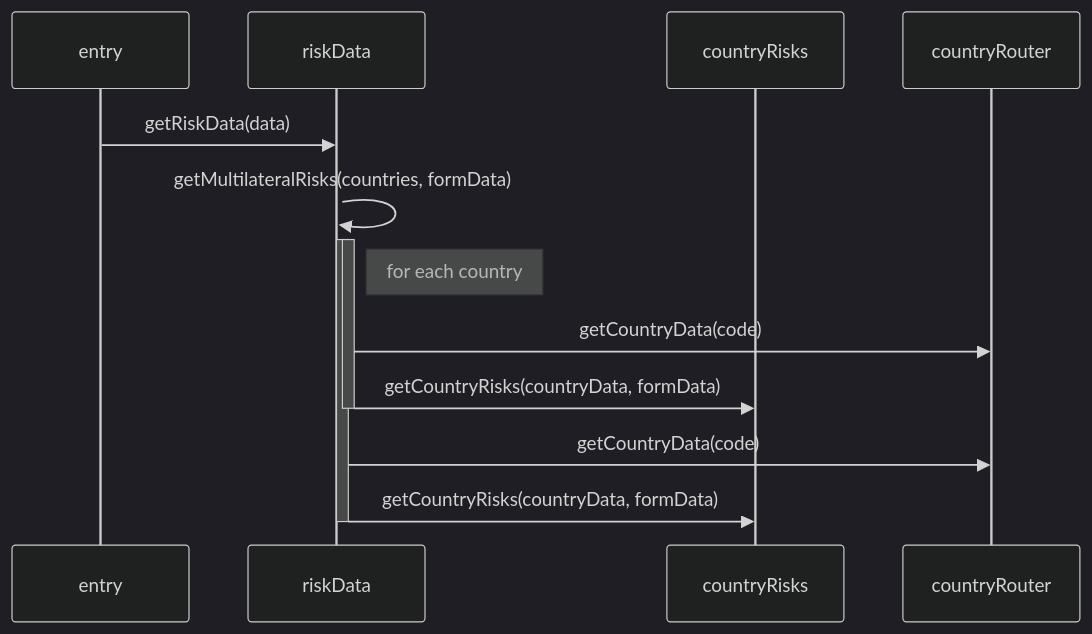
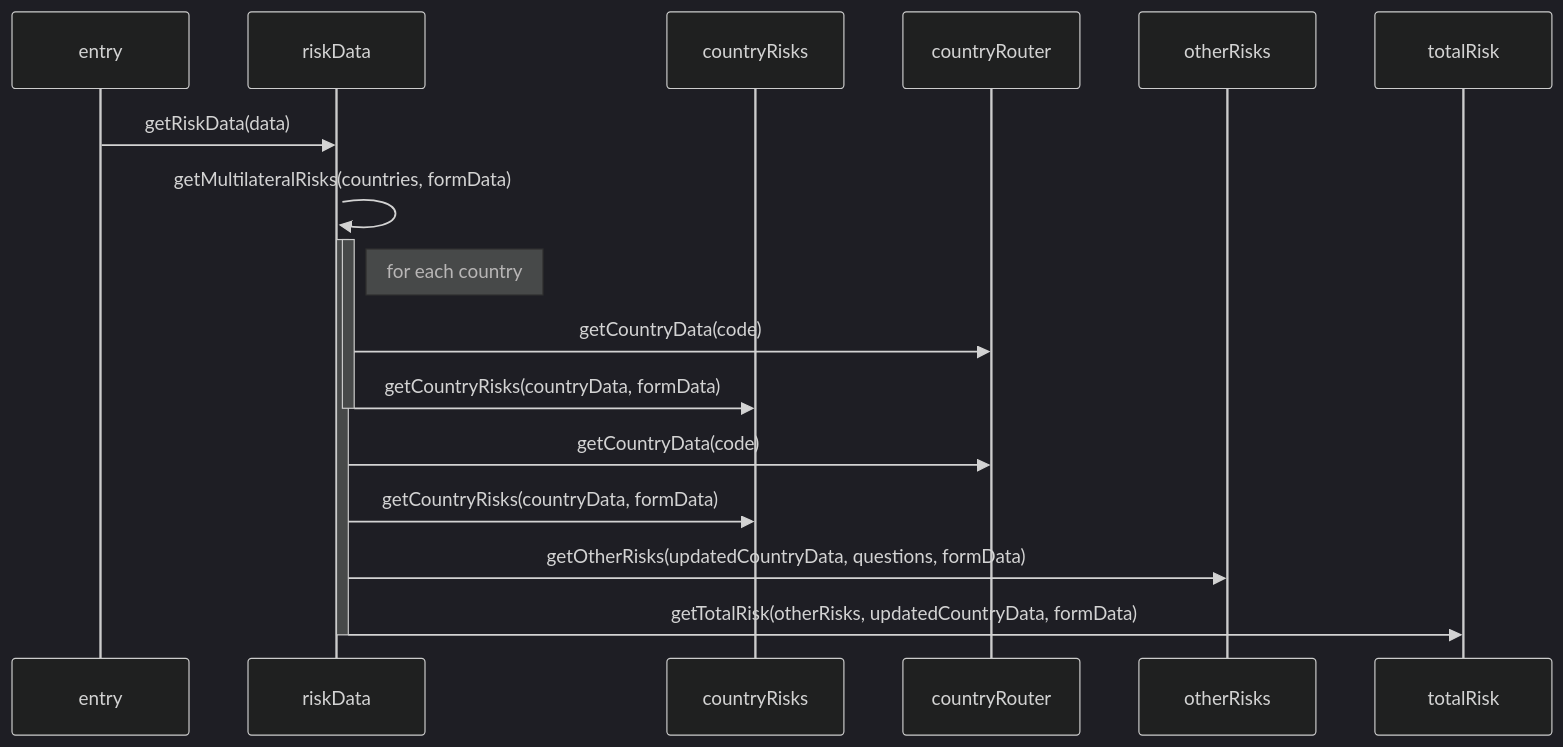
The first of 2 diagrams in README.md (mluukkai/poc), drawn with Mermaid (dark theme) before and after one commit.

Commit message:
Add otherRisks and totalRisk participants to diagram

````diff
--- a/README.md
+++ b/README.md
@@ -1,19 +1,23 @@
 ```mermaid
 sequenceDiagram
     participant entry
     participant riskData
     participant countryRisks
     participant countryRouter
+    participant otherRisks
+    participant totalRisk
 
     entry->>riskData: getRiskData(data)
     activate riskData
     riskData ->>+ riskData: getMultilateralRisks(countries, formData)
     activate riskData
     Note right of riskData: for each country
     riskData ->> countryRouter: getCountryData(code)
     riskData ->> countryRisks: getCountryRisks(countryData, formData)
     deactivate riskData
     riskData ->> countryRouter: getCountryData(code)
     riskData ->> countryRisks: getCountryRisks(countryData, formData)
+    riskData ->> otherRisks: getOtherRisks(updatedCountryData, questions, formData)
+    riskData ->> totalRisk: getTotalRisk(otherRisks, updatedCountryData, formData)
     deactivate riskData
 ```
````
